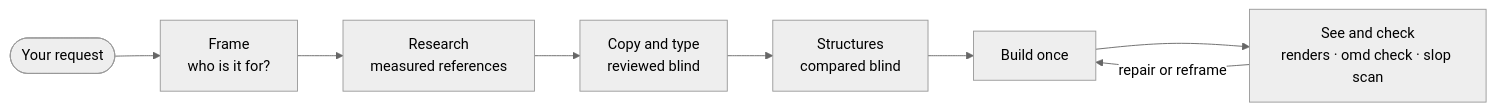
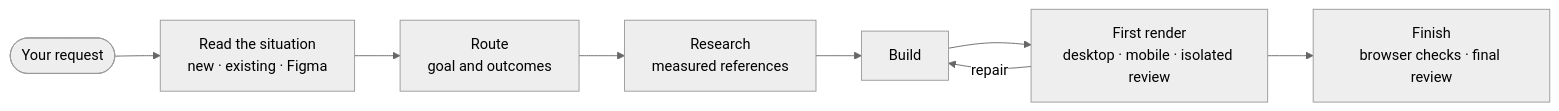
Before and after one commit to 3x-haust/oh-my-design: the diagram in README.md, drawn with Mermaid (neutral theme). The commit also changed other lines of this file and 1 other file, not shown here.

First line of the commit message:
docs: describe the single ultradesign entry and omd-eye reviewer

````diff
--- a/README.md
+++ b/README.md
@@ -68,10 +68,10 @@
 ```mermaid
 flowchart LR
-  A([Your request]) --> B[Frame<br/>who is it for?]
-  B --> C[Research<br/>measured references]
-  C --> D[Copy and type<br/>reviewed blind]
-  D --> E[Structures<br/>compared blind]
-  E --> F[Build once]
-  F --> G[See and check<br/>renders · omd check · slop scan]
-  G -- repair or reframe --> F
+  A([Your request]) --> B[Read the situation<br/>new · existing · Figma]
+  B --> C[Route<br/>goal and outcomes]
+  C --> D[Research<br/>measured references]
+  D --> E[Build]
+  E --> F[First render<br/>desktop · mobile · isolated review]
+  F -- repair --> E
+  F --> G[Finish<br/>browser checks · final review]
 ```
````
